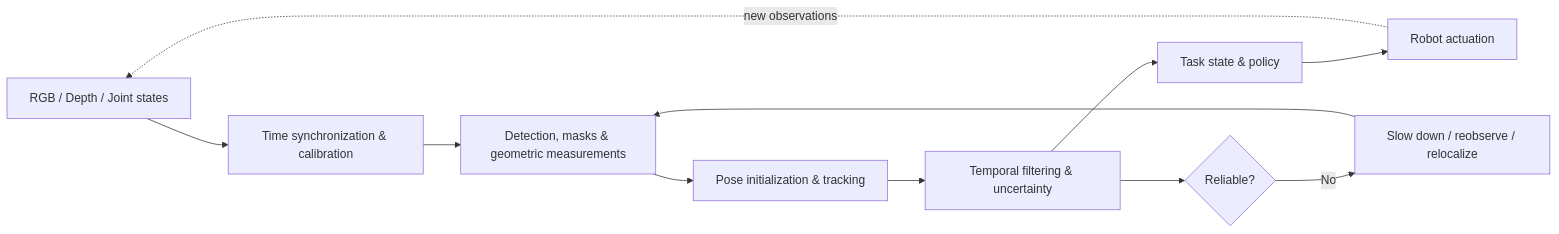
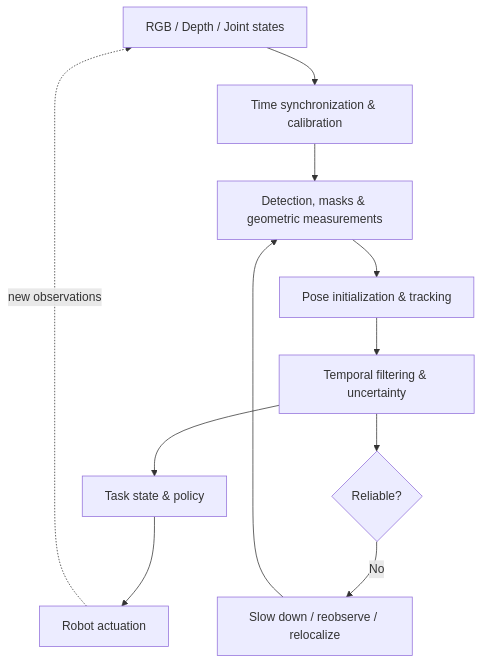
One commit to zengxiong111/Foundation_of_Embodied_AI changed the first of 3 diagrams in md/Visual_State_Estimation_EN.md. Above: the diagram before and after it, drawn with Mermaid. The commit also changed other lines of this file and 11 other files, not shown here.

First line of the commit message:
Improve bilingual PDF diagram readability without changing equations

````diff
--- a/md/Visual_State_Estimation_EN.md
+++ b/md/Visual_State_Estimation_EN.md
@@ -115,13 +115,13 @@
 ```mermaid
-flowchart LR
+flowchart TD
   A[RGB / Depth / Joint states] --> B[Time synchronization & calibration]
   B --> C[Detection, masks & geometric measurements]
   C --> D[Pose initialization & tracking]
   D --> E[Temporal filtering & uncertainty]
   E --> F[Task state & policy]
   F --> G[Robot actuation]
   G -. new observations .-> A
   E --> H{Reliable?}
   H -- No --> I[Slow down / reobserve / relocalize]
   I --> C
 ```
````
